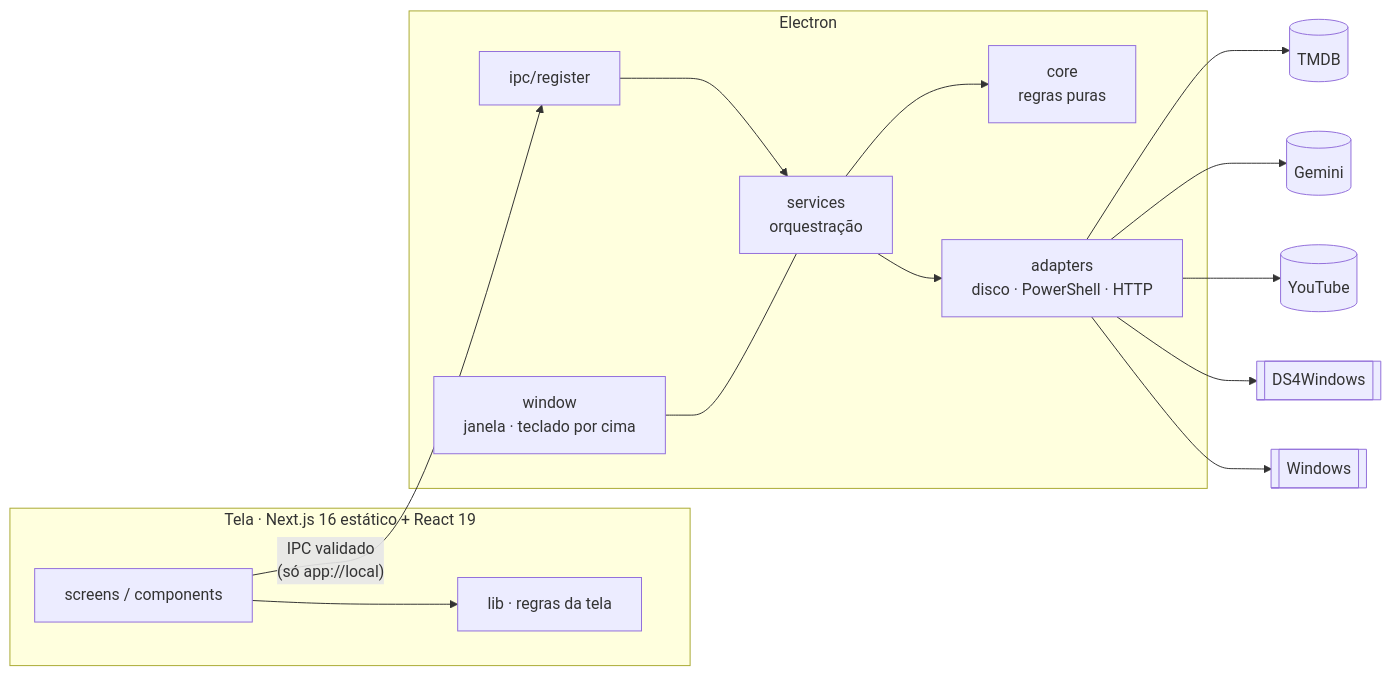
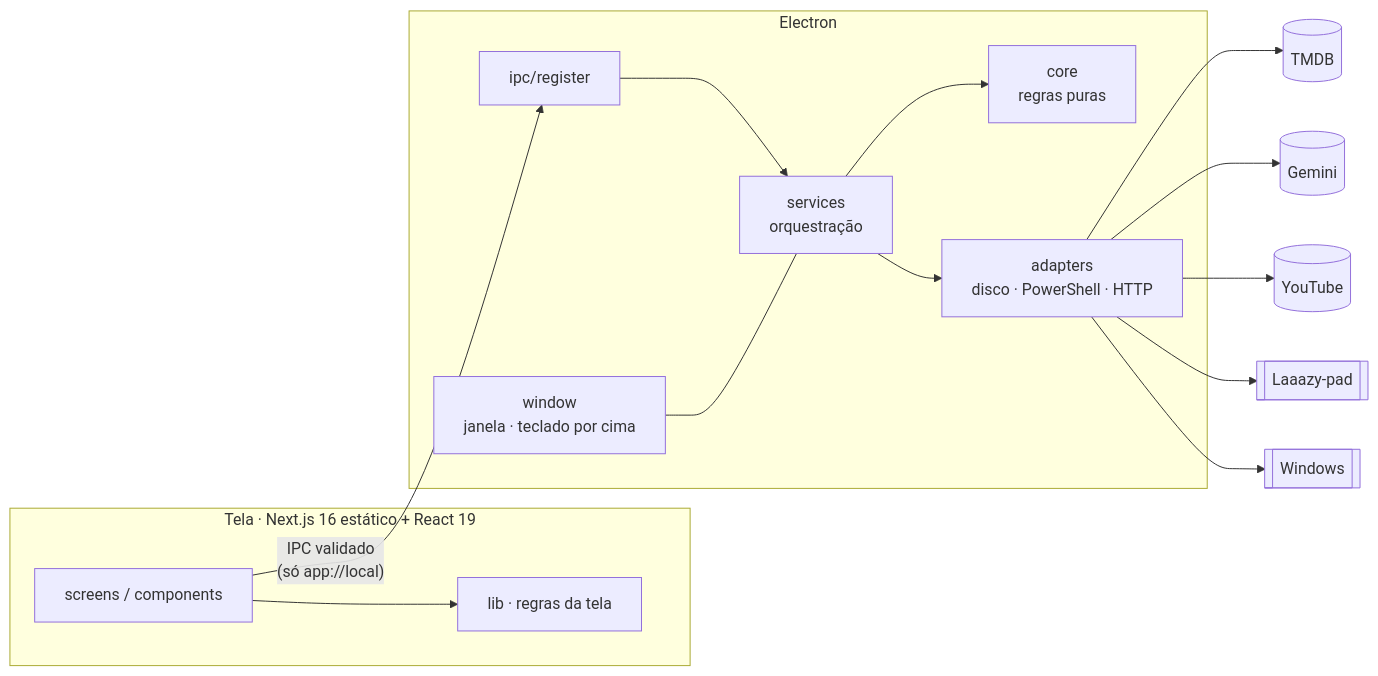
One commit to BrunoVsc09/LaaazyController changed the diagram in README.md. Above: the diagram before and after it, drawn with Mermaid. The commit also changed other lines of this file and 2 other files, not shown here.

First line of the commit message:
Documentação sem o DS4Windows: roteiro de teste, README e CLAUDE.md (fatia 7a)

````diff
--- a/README.md
+++ b/README.md
@@ -133,18 +133,18 @@
 ```mermaid
 flowchart LR
   subgraph Tela["Tela · Next.js 16 estático + React 19"]
     UI[screens / components] --> L[lib · regras da tela]
   end
   UI -- "IPC validado<br/>(só app://local)" --> IPC[ipc/register]
   subgraph Electron
     IPC --> S[services<br/>orquestração]
     S --> C[core<br/>regras puras]
     S --> A[adapters<br/>disco · PowerShell · HTTP]
     W[window<br/>janela · teclado por cima] --- S
   end
   A --> TMDB[(TMDB)]
   A --> GEM[(Gemini)]
   A --> YT[(YouTube)]
-  A --> DS4[[DS4Windows]]
+  A --> PAD[[Laaazy-pad]]
   A --> WIN[[Windows]]
 ```
````
